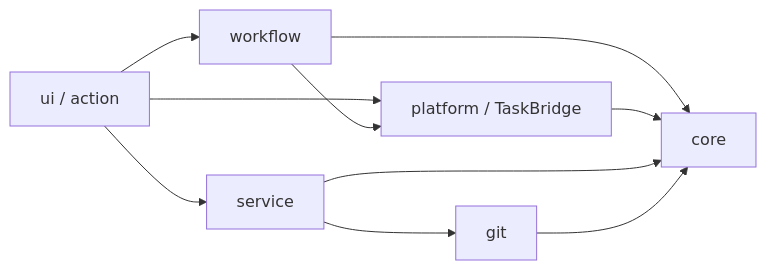
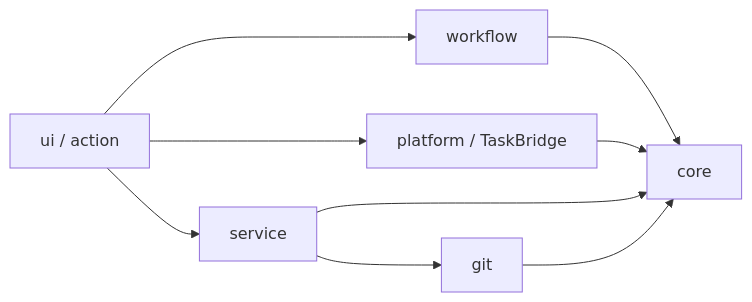
The first of 2 diagrams in docs/ARCHITECTURE.md (Tinyee/rider-branch-switcher), drawn with Mermaid before and after one commit. The commit also changed other lines of this file and 51 other files, not shown here.

````diff
--- a/docs/ARCHITECTURE.md
+++ b/docs/ARCHITECTURE.md
@@ -20,12 +20,11 @@
 ```mermaid
 flowchart LR
     UI["ui / action"] --> Workflow["workflow"]
     UI --> Service["service"]
     UI --> Platform["platform / TaskBridge"]
-    Workflow --> Platform
     Workflow --> Core["core"]
     Platform --> Core
     Service --> Git["git"]
     Service --> Core
     Git --> Core
 ```
````
